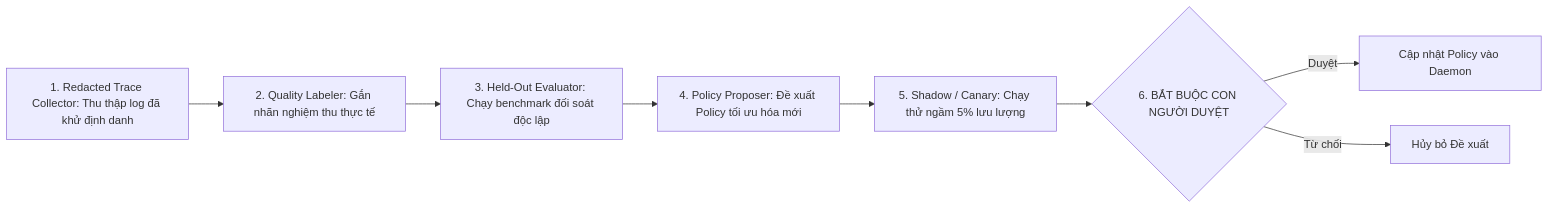
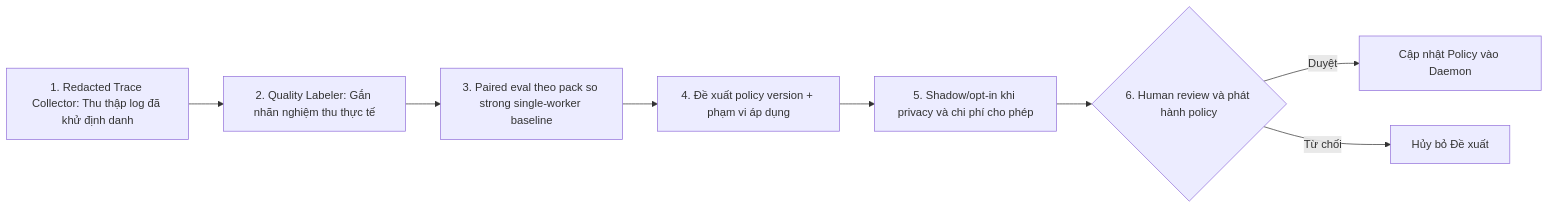
One commit to civi0411/Custos changed diagram 35 of 39 in Custos.md. Above: the diagram before and after it, drawn with Mermaid. The commit also changed other lines of this file and 7 other files, not shown here.

Commit message:
docs(architecture): update cognitive fabric, protocol hubs, and upstream source map

````diff
--- a/Custos.md
+++ b/Custos.md
@@ -2334,10 +2290,10 @@
 ```mermaid
 flowchart LR
     TraceCollector[1. Redacted Trace Collector: Thu thập log đã khử định danh] --> QualityLabeler[2. Quality Labeler: Gắn nhãn nghiệm thu thực tế]
-    QualityLabeler --> HeldOutEval[3. Held-Out Evaluator: Chạy benchmark đối soát độc lập]
-    HeldOutEval --> PolicyProposer[4. Policy Proposer: Đề xuất Policy tối ưu hóa mới]
-    PolicyProposer --> ShadowRunner[5. Shadow / Canary: Chạy thử ngầm 5% lưu lượng]
-    ShadowRunner --> HumanGate{6. BẮT BUỘC CON NGƯỜI DUYỆT}
+    QualityLabeler --> HeldOutEval[3. Paired eval theo pack so strong single-worker baseline]
+    HeldOutEval --> PolicyProposer[4. Đề xuất policy version + phạm vi áp dụng]
+    PolicyProposer --> ShadowRunner[5. Shadow/opt-in khi privacy và chi phí cho phép]
+    ShadowRunner --> HumanGate{6. Human review và phát hành policy}
     HumanGate -- Duyệt --> ProductionPolicy[Cập nhật Policy vào Daemon]
     HumanGate -- Từ chối --> Discard[Hủy bỏ Đề xuất]
 ```
````
